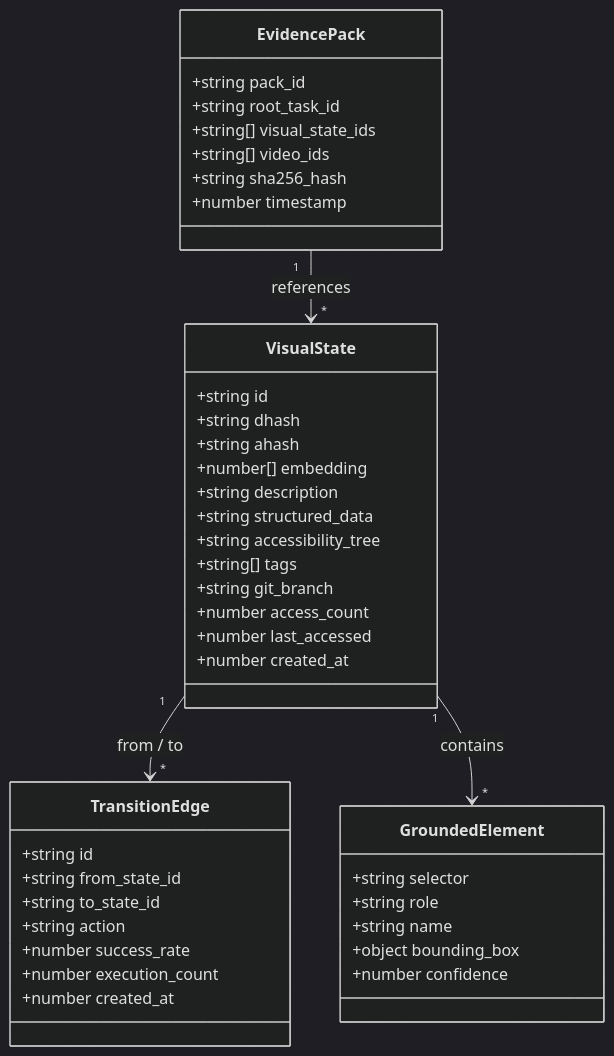
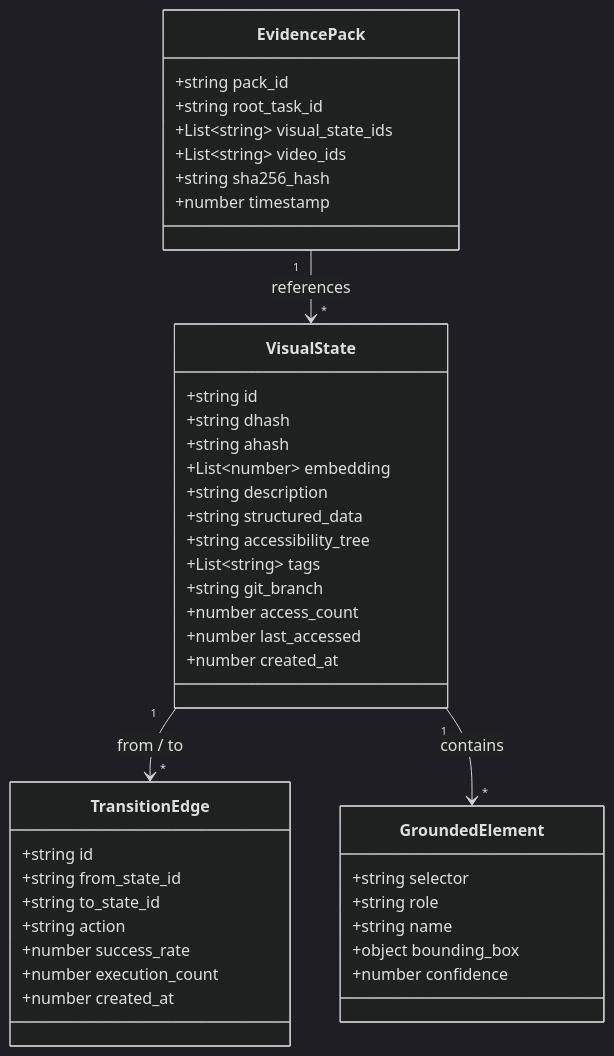
The second of 3 diagrams in docs/codebase-distillation.md (putervision/vision-memory-mcp), drawn with Mermaid (dark theme) before and after one commit. The commit also changed other lines of this file and 5 other files, not shown here.

````diff
--- a/docs/codebase-distillation.md
+++ b/docs/codebase-distillation.md
@@ -141,48 +141,48 @@
 ```mermaid
 classDiagram
     class VisualState {
         +string id
         +string dhash
         +string ahash
-        +number[] embedding
+        +List~number~ embedding
         +string description
         +string structured_data
         +string accessibility_tree
-        +string[] tags
+        +List~string~ tags
         +string git_branch
         +number access_count
         +number last_accessed
         +number created_at
     }
 
     class TransitionEdge {
         +string id
         +string from_state_id
         +string to_state_id
         +string action
         +number success_rate
         +number execution_count
         +number created_at
     }
 
     class GroundedElement {
         +string selector
         +string role
         +string name
         +object bounding_box
         +number confidence
     }
 
     class EvidencePack {
         +string pack_id
         +string root_task_id
-        +string[] visual_state_ids
-        +string[] video_ids
+        +List~string~ visual_state_ids
+        +List~string~ video_ids
         +string sha256_hash
         +number timestamp
     }
 
     VisualState "1" --> "*" TransitionEdge : from / to
     VisualState "1" --> "*" GroundedElement : contains
     EvidencePack "1" --> "*" VisualState : references
 ```
````
